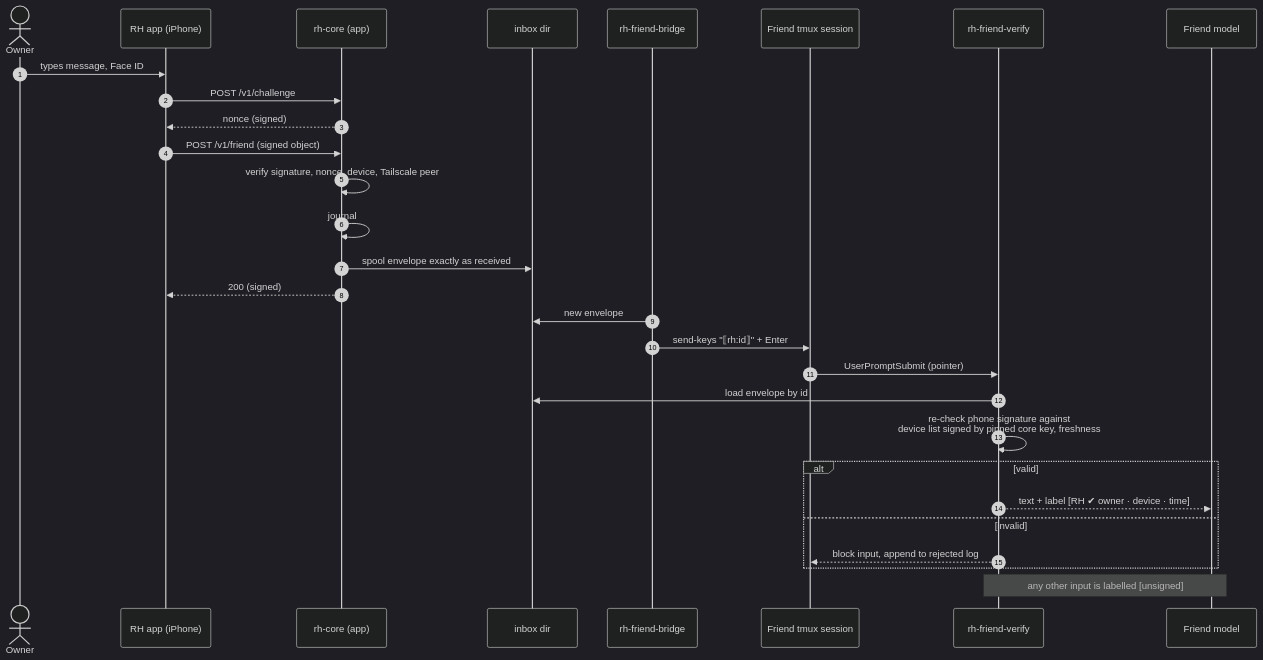
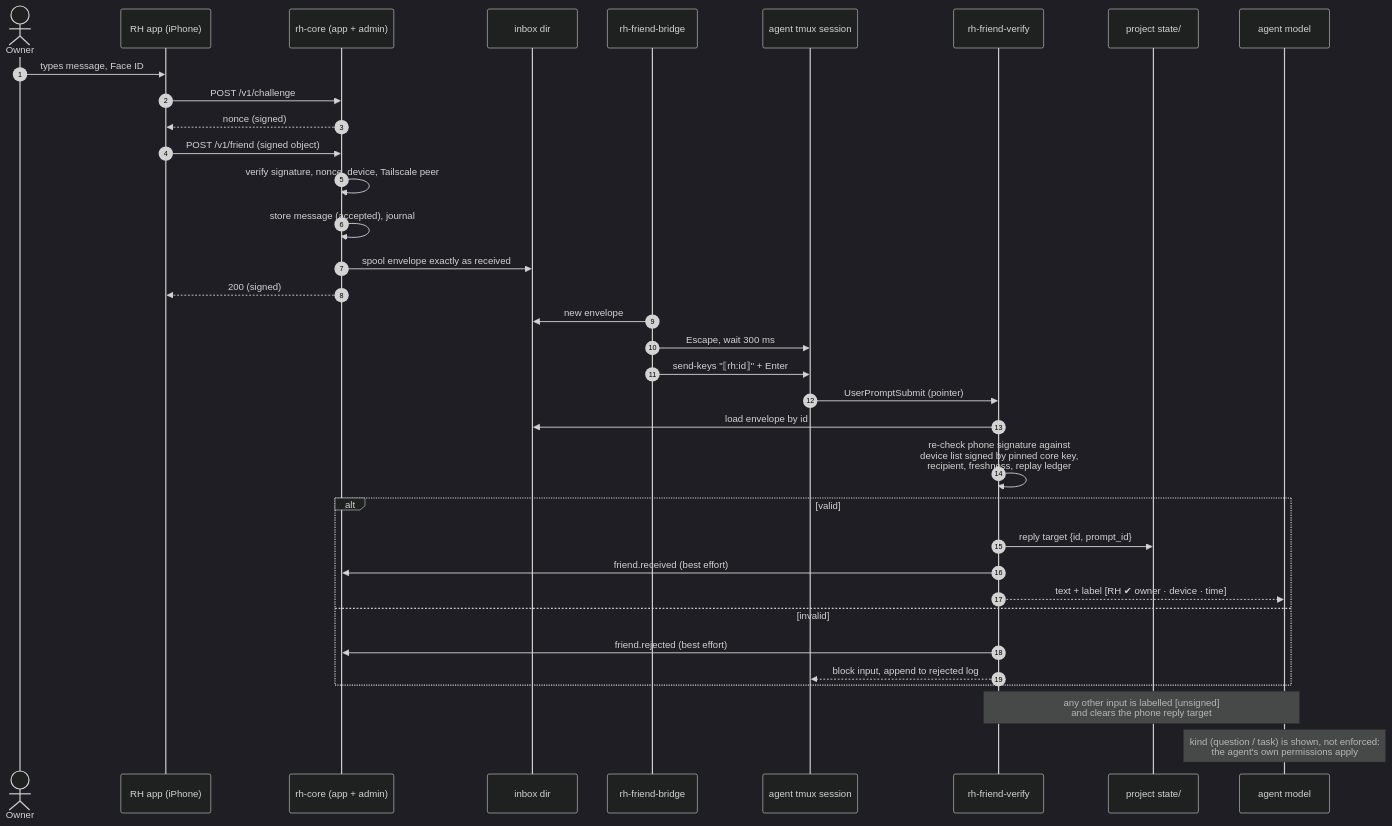
One commit to ilyxas/RHServer changed the diagram in docs/charts/seq-friend-send.md. Above: the diagram before and after it, drawn with Mermaid (dark theme). The commit also changed other lines of this file and 6 other files, not shown here.

First line of the commit message:
docs/charts: update UML for the simple channel

````diff
--- a/docs/charts/seq-friend-send.md
+++ b/docs/charts/seq-friend-send.md
@@ -3,32 +3,38 @@
 ```mermaid
 sequenceDiagram
     autonumber
     actor Owner
     participant App as RH app (iPhone)
-    participant Core as rh-core (app)
+    participant Core as rh-core (app + admin)
     participant Inbox as inbox dir
     participant Bridge as rh-friend-bridge
-    participant Tmux as Friend tmux session
+    participant Tmux as agent tmux session
     participant Verify as rh-friend-verify
-    participant Model as Friend model
+    participant State as project state/
+    participant Model as agent model
 
     Owner->>App: types message, Face ID
     App->>Core: POST /v1/challenge
     Core-->>App: nonce (signed)
     App->>Core: POST /v1/friend (signed object)
     Core->>Core: verify signature, nonce, device, Tailscale peer
-    Core->>Core: journal
+    Core->>Core: store message (accepted), journal
     Core->>Inbox: spool envelope exactly as received
     Core-->>App: 200 (signed)
     Bridge->>Inbox: new envelope
+    Bridge->>Tmux: Escape, wait 300 ms
     Bridge->>Tmux: send-keys "⟦rh:id⟧" + Enter
     Tmux->>Verify: UserPromptSubmit (pointer)
     Verify->>Inbox: load envelope by id
-    Verify->>Verify: re-check phone signature against<br/>device list signed by pinned core key, freshness
+    Verify->>Verify: re-check phone signature against<br/>device list signed by pinned core key,<br/>recipient, freshness, replay ledger
     alt valid
+        Verify->>State: reply target {id, prompt_id}
+        Verify->>Core: friend.received (best effort)
         Verify-->>Model: text + label [RH ✔ owner · device · time]
     else invalid
+        Verify->>Core: friend.rejected (best effort)
         Verify-->>Tmux: block input, append to rejected log
     end
-    Note over Verify,Model: any other input is labelled [unsigned]
+    Note over Verify,Model: any other input is labelled [unsigned]<br/>and clears the phone reply target
+    Note over Model: kind (question / task) is shown, not enforced:<br/>the agent's own permissions apply
 ```
````
